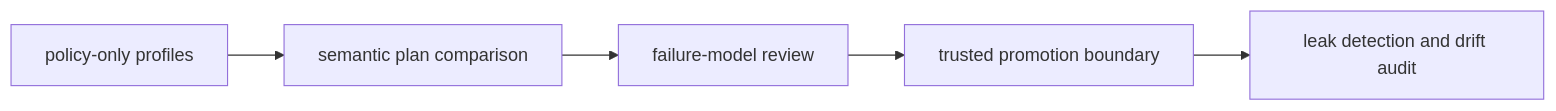
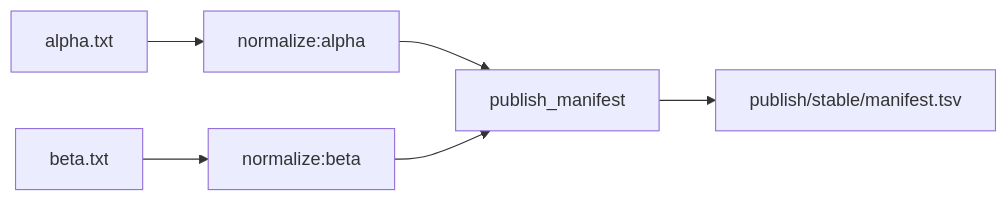
The first of 2 diagrams in programs/reproducible-research/deep-dive-snakemake/course-book/module-08-operating-contexts-execution-policy/worked-example-auditing-local-ci-and-slurm-without-semantic-drift.md (bijux/bijux-masterclass), drawn with Mermaid before and after one commit. The commit also changed other lines of this file, not shown here.

Commit message:
docs(snakemake): make context audit reproducible

````diff
--- a/programs/reproducible-research/deep-dive-snakemake/course-book/module-08-operating-contexts-execution-policy/worked-example-auditing-local-ci-and-slurm-without-semantic-drift.md
+++ b/programs/reproducible-research/deep-dive-snakemake/course-book/module-08-operating-contexts-execution-policy/worked-example-auditing-local-ci-and-slurm-without-semantic-drift.md
@@ -285,7 +24,8 @@
 ```mermaid
 flowchart LR
-  profiles["policy-only profiles"] --> plans["semantic plan comparison"]
-  plans --> failure["failure-model review"]
-  failure --> storage["trusted promotion boundary"]
-  storage --> drift["leak detection and drift audit"]
+  alpha["alpha.txt"] --> alpha_job["normalize:alpha"]
+  beta["beta.txt"] --> beta_job["normalize:beta"]
+  alpha_job --> manifest["publish_manifest"]
+  beta_job --> manifest
+  manifest --> trusted["publish/stable/manifest.tsv"]
 ```
````
